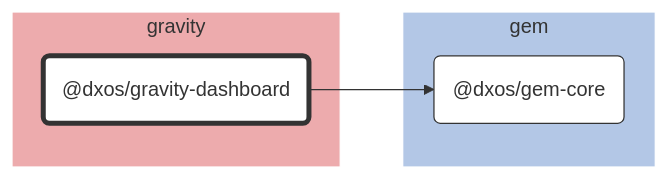
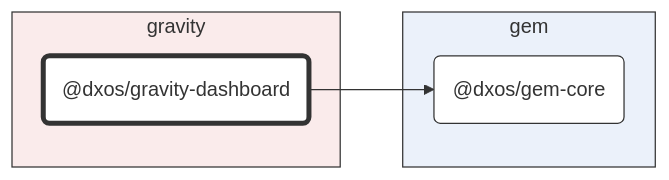
One commit to dxos/dxos changed the diagram in packages/gravity/gravity-dashboard/docs/README.md. Above: the diagram before and after it, drawn with Mermaid. The commit also changed 93 other files, not shown here.

First line of the commit message:
chore: hierarchical graphs. (#1583)

````diff
--- a/packages/gravity/gravity-dashboard/docs/README.md
+++ b/packages/gravity/gravity-dashboard/docs/README.md
@@ -7,27 +7,27 @@
 ```mermaid
 %%{ init: {'flowchart':{'curve':'basis'}} }%%
 
 flowchart LR
 
 %% Classes
 classDef def fill:#fff,stroke:#333,stroke-width:1px
 classDef root fill:#fff,stroke:#333,stroke-width:4px
 
 %% Nodes
 
 subgraph gravity [gravity]
-  style gravity fill:#edabad,stroke:#fff
+  style gravity fill:#faebeb,stroke:#333
   dxos/gravity-dashboard("@dxos/gravity-dashboard"):::root
   click dxos/gravity-dashboard "dxos/dxos/tree/main/packages/gravity/gravity-dashboard/docs"
 end
 
 subgraph gem [gem]
-  style gem fill:#b3c7e6,stroke:#fff
+  style gem fill:#ebf1fa,stroke:#333
   dxos/gem-core("@dxos/gem-core"):::def
   click dxos/gem-core "dxos/dxos/tree/main/packages/gem/gem-core/docs"
 end
 
 %% Links
 linkStyle default stroke:#333,stroke-width:1px
 dxos/gravity-dashboard --> dxos/gem-core
 ```
````
